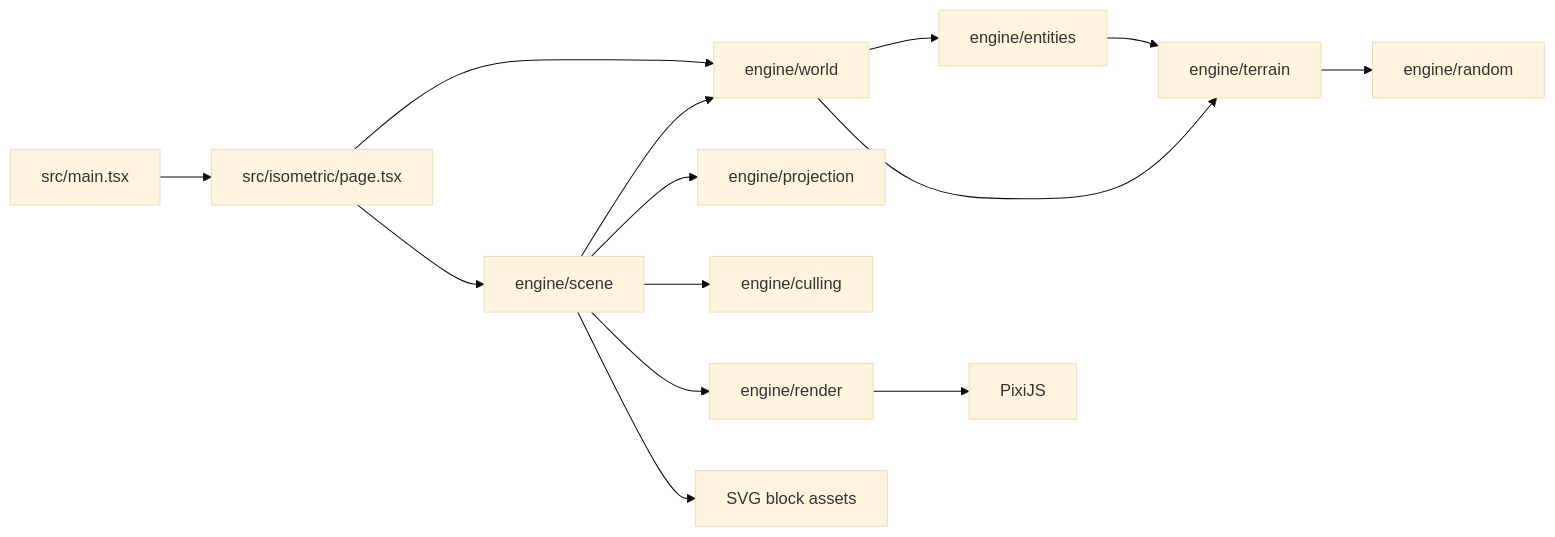
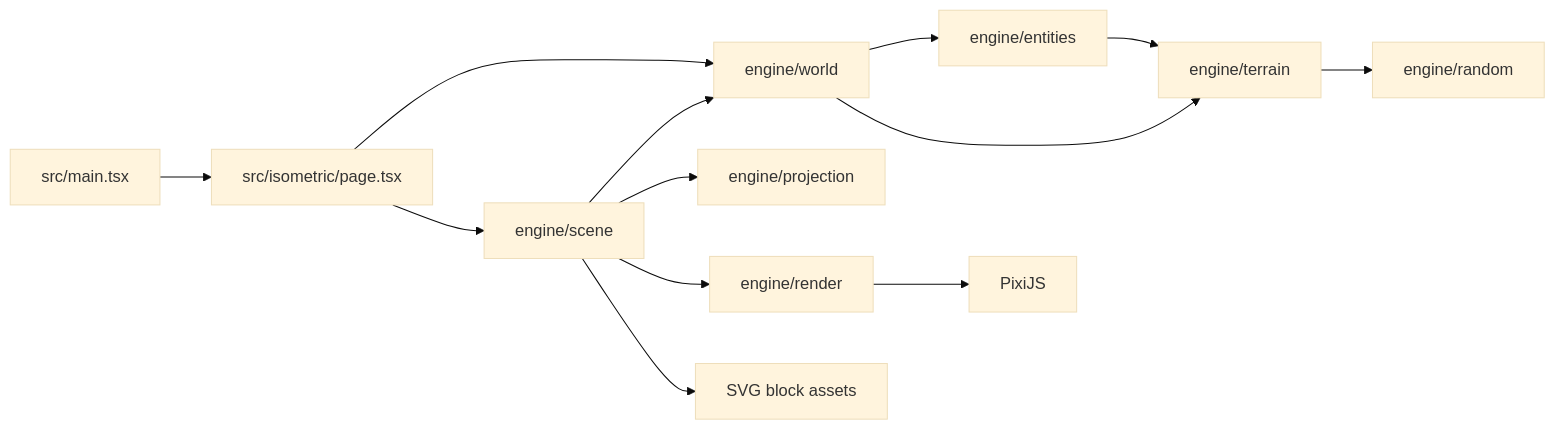
One commit to alexsantos-eth/armada-engine changed the diagram in ARCHITECTURE.md. Above: the diagram before and after it, drawn with Mermaid (base theme). The commit also changed other lines of this file and 15 other files, not shown here.

````diff
--- a/ARCHITECTURE.md
+++ b/ARCHITECTURE.md
@@ -9,16 +9,15 @@
 ```mermaid
 flowchart LR
   Main[src/main.tsx] --> Page[src/isometric/page.tsx]
   Page --> World[engine/world]
   Page --> Scene[engine/scene]
   World --> Entities[engine/entities]
   World --> Terrain[engine/terrain]
   Entities --> Terrain
   Terrain --> Random[engine/random]
   Scene --> World
   Scene --> Projection[engine/projection]
-  Scene --> Culling[engine/culling]
   Scene --> Render[engine/render]
   Render --> Pixi[PixiJS]
   Scene --> Assets[SVG block assets]
 ```
````
